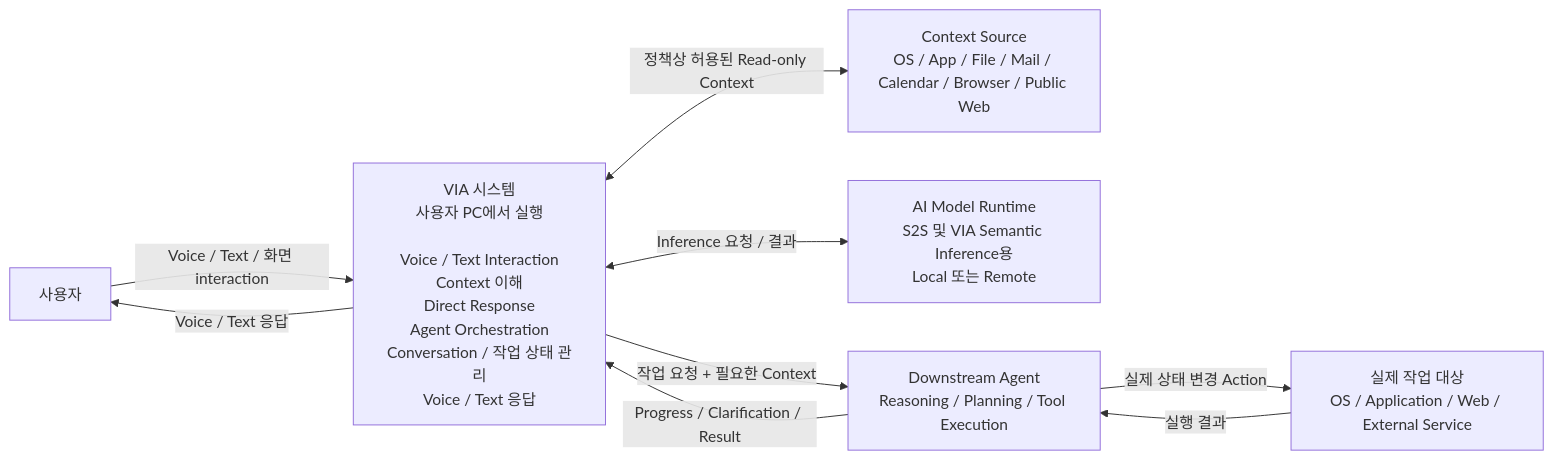
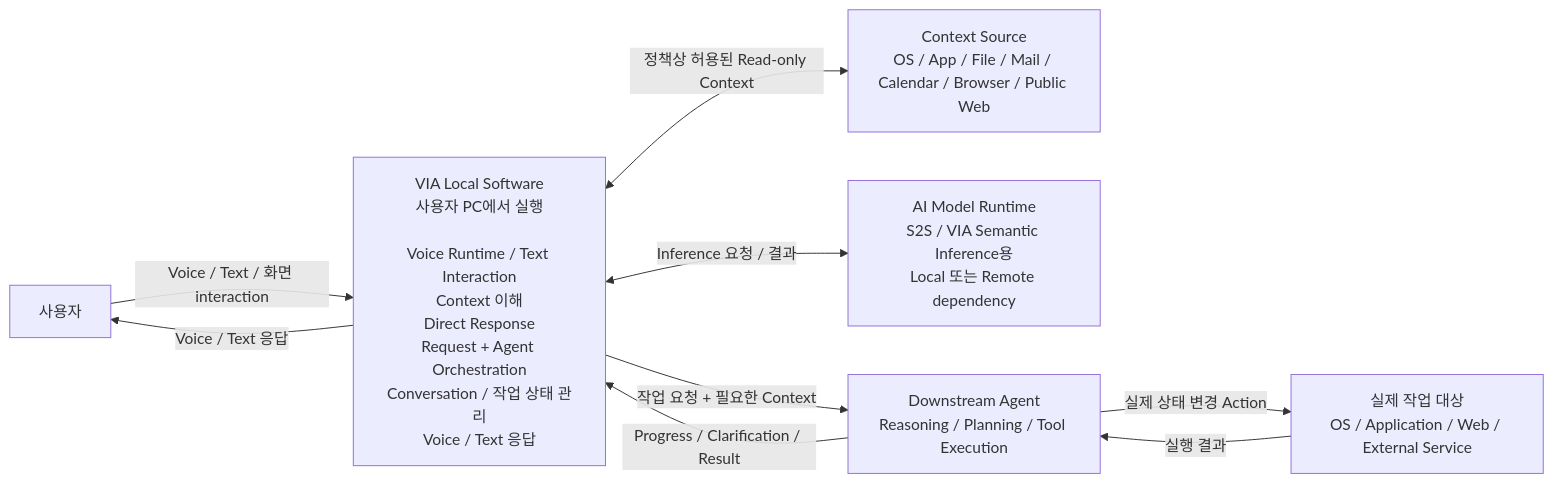
One commit to cbyche/via-sw-architecture changed the diagram in docs/rebaseline/01-system-mission-and-boundary.md. Above: the diagram before and after it, drawn with Mermaid. The commit also changed other lines of this file, not shown here.

Commit message:
docs: clarify VIA model runtime boundary and orchestration scope

````diff
--- a/docs/rebaseline/01-system-mission-and-boundary.md
+++ b/docs/rebaseline/01-system-mission-and-boundary.md
@@ -65,23 +65,23 @@
 ```mermaid
 flowchart LR
     U["사용자"]
 
-    VIA["VIA 시스템<br/>사용자 PC에서 실행<br/><br/>Voice / Text Interaction<br/>Context 이해<br/>Direct Response<br/>Agent Orchestration<br/>Conversation / 작업 상태 관리<br/>Voice / Text 응답"]
+    VIA["VIA Local Software<br/>사용자 PC에서 실행<br/><br/>Voice Runtime / Text Interaction<br/>Context 이해<br/>Direct Response<br/>Request + Agent Orchestration<br/>Conversation / 작업 상태 관리<br/>Voice / Text 응답"]
 
     CTX["Context Source<br/>OS / App / File / Mail / Calendar / Browser / Public Web"]
-    MODEL["AI Model Runtime<br/>S2S 및 VIA Semantic Inference용<br/>Local 또는 Remote"]
+    MODEL["AI Model Runtime<br/>S2S / VIA Semantic Inference용<br/>Local 또는 Remote dependency"]
     AGENT["Downstream Agent<br/>Reasoning / Planning / Tool Execution"]
     TARGET["실제 작업 대상<br/>OS / Application / Web / External Service"]
 
     U -->|"Voice / Text / 화면 interaction"| VIA
     VIA -->|"Voice / Text 응답"| U
 
     VIA <-->|"정책상 허용된 Read-only Context"| CTX
     VIA <-->|"Inference 요청 / 결과"| MODEL
 
     VIA -->|"작업 요청 + 필요한 Context"| AGENT
     AGENT -->|"Progress / Clarification / Result"| VIA
 
     AGENT -->|"실제 상태 변경 Action"| TARGET
     TARGET -->|"실행 결과"| AGENT
 ```
````
